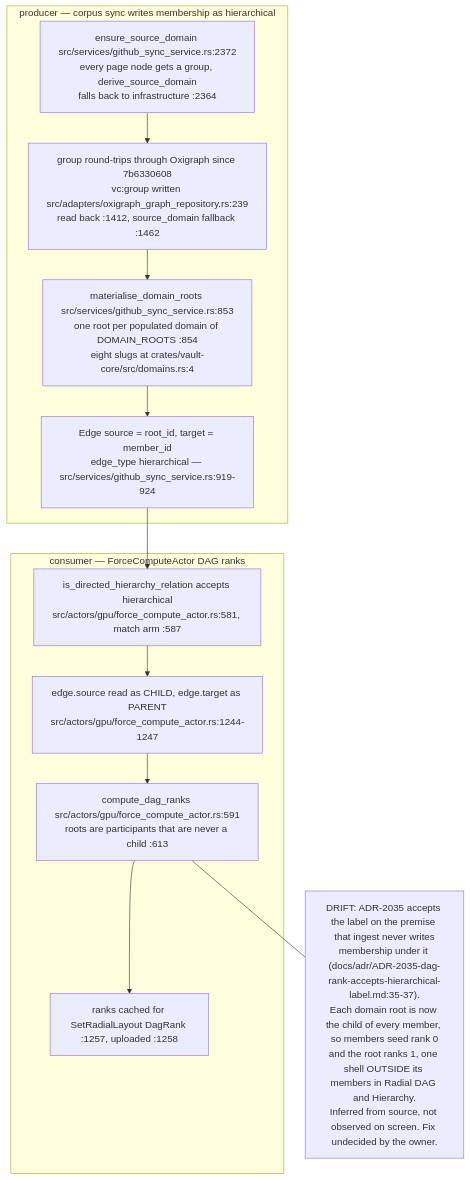
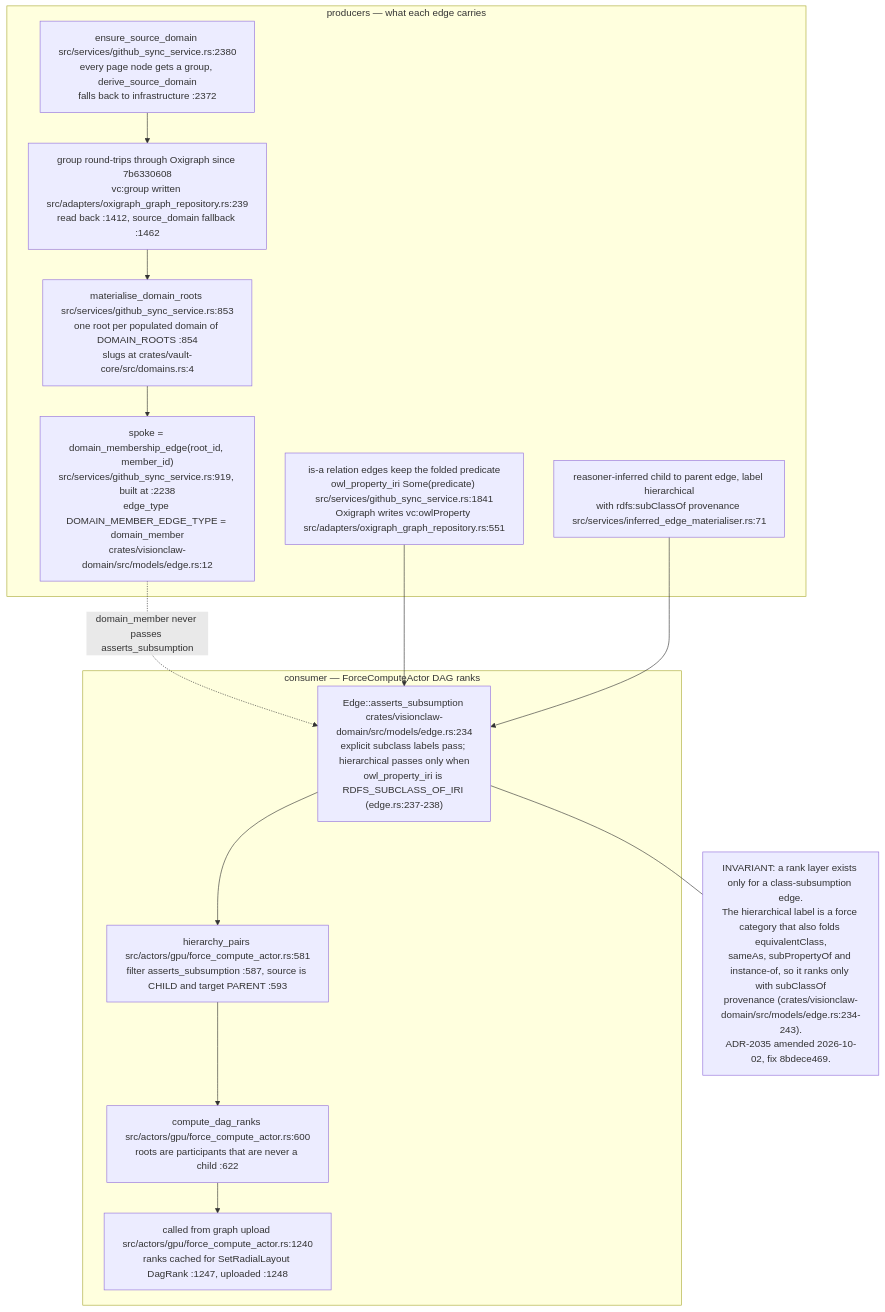
One commit to DreamLab-AI/VisionFlow changed the eighth of 8 diagrams in docs/diagrams/visionclaw/16-interaction-drag-pin-layout.md. Above: the diagram before and after it, drawn with Mermaid. The commit also changed other lines of this file and 31 other files, not shown here.

````diff
--- a/docs/diagrams/visionclaw/16-interaction-drag-pin-layout.md
+++ b/docs/diagrams/visionclaw/16-interaction-drag-pin-layout.md
@@ -266,20 +268,24 @@
 ```mermaid
 flowchart TB
-    subgraph PROD["producer — corpus sync writes membership as hierarchical"]
-        P1["ensure_source_domain src/services/github_sync_service.rs:2372<br/>every page node gets a group, derive_source_domain<br/>falls back to infrastructure :2364"]
+    subgraph PROD["producers — what each edge carries"]
+        P1["ensure_source_domain src/services/github_sync_service.rs:2380<br/>every page node gets a group, derive_source_domain<br/>falls back to infrastructure :2372"]
         P2["group round-trips through Oxigraph since 7b6330608<br/>vc:group written src/adapters/oxigraph_graph_repository.rs:239<br/>read back :1412, source_domain fallback :1462"]
-        P3["materialise_domain_roots src/services/github_sync_service.rs:853<br/>one root per populated domain of DOMAIN_ROOTS :854<br/>eight slugs at crates/vault-core/src/domains.rs:4"]
-        P4["Edge source = root_id, target = member_id<br/>edge_type hierarchical — src/services/github_sync_service.rs:919-924"]
+        P3["materialise_domain_roots src/services/github_sync_service.rs:853<br/>one root per populated domain of DOMAIN_ROOTS :854<br/>slugs at crates/vault-core/src/domains.rs:4"]
+        P4["spoke = domain_membership_edge(root_id, member_id)<br/>src/services/github_sync_service.rs:919, built at :2238<br/>edge_type DOMAIN_MEMBER_EDGE_TYPE = domain_member<br/>crates/visionclaw-domain/src/models/edge.rs:12"]
+        P5["is-a relation edges keep the folded predicate<br/>owl_property_iri Some(predicate) src/services/github_sync_service.rs:1841<br/>Oxigraph writes vc:owlProperty src/adapters/oxigraph_graph_repository.rs:551"]
+        P6["reasoner-inferred child to parent edge, label hierarchical<br/>with rdfs:subClassOf provenance src/services/inferred_edge_materialiser.rs:71"]
         P1 --> P2 --> P3 --> P4
     end
     subgraph RANK["consumer — ForceComputeActor DAG ranks"]
-        R1["is_directed_hierarchy_relation accepts hierarchical<br/>src/actors/gpu/force_compute_actor.rs:581, match arm :587"]
-        R2["edge.source read as CHILD, edge.target as PARENT<br/>src/actors/gpu/force_compute_actor.rs:1244-1247"]
-        R3["compute_dag_ranks src/actors/gpu/force_compute_actor.rs:591<br/>roots are participants that are never a child :613"]
-        R4["ranks cached for SetRadialLayout DagRank :1257, uploaded :1258"]
+        R1["Edge::asserts_subsumption crates/visionclaw-domain/src/models/edge.rs:234<br/>explicit subclass labels pass; hierarchical passes only when<br/>owl_property_iri is RDFS_SUBCLASS_OF_IRI (edge.rs:237-238)"]
+        R2["hierarchy_pairs src/actors/gpu/force_compute_actor.rs:581<br/>filter asserts_subsumption :587, source is CHILD and target PARENT :593"]
+        R3["compute_dag_ranks src/actors/gpu/force_compute_actor.rs:600<br/>roots are participants that are never a child :622"]
+        R4["called from graph upload src/actors/gpu/force_compute_actor.rs:1240<br/>ranks cached for SetRadialLayout DagRank :1247, uploaded :1248"]
         R1 --> R2 --> R3 --> R4
     end
-    P4 --> R1
-    D["DRIFT: ADR-2035 accepts the label on the premise that ingest never writes<br/>membership under it (docs/adr/ADR-2035-dag-rank-accepts-hierarchical-label.md:35-37).<br/>Each domain root is now the child of every member, so members seed rank 0<br/>and the root ranks 1, one shell OUTSIDE its members in Radial DAG and Hierarchy.<br/>Inferred from source, not observed on screen. Fix undecided by the owner."]
-    R3 --- D
+    P4 -. "domain_member never passes asserts_subsumption" .-> R1
+    P5 --> R1
+    P6 --> R1
+    I["INVARIANT: a rank layer exists only for a class-subsumption edge.<br/>The hierarchical label is a force category that also folds equivalentClass,<br/>sameAs, subPropertyOf and instance-of, so it ranks only with subClassOf<br/>provenance (crates/visionclaw-domain/src/models/edge.rs:234-243).<br/>ADR-2035 amended 2026-10-02, fix 8bdece469."]
+    R1 --- I
 ```
````
